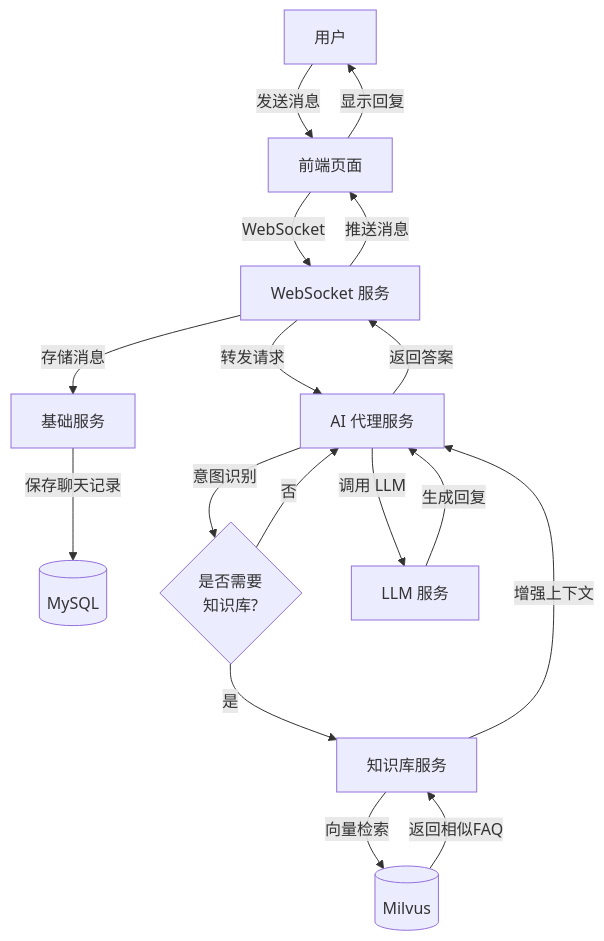
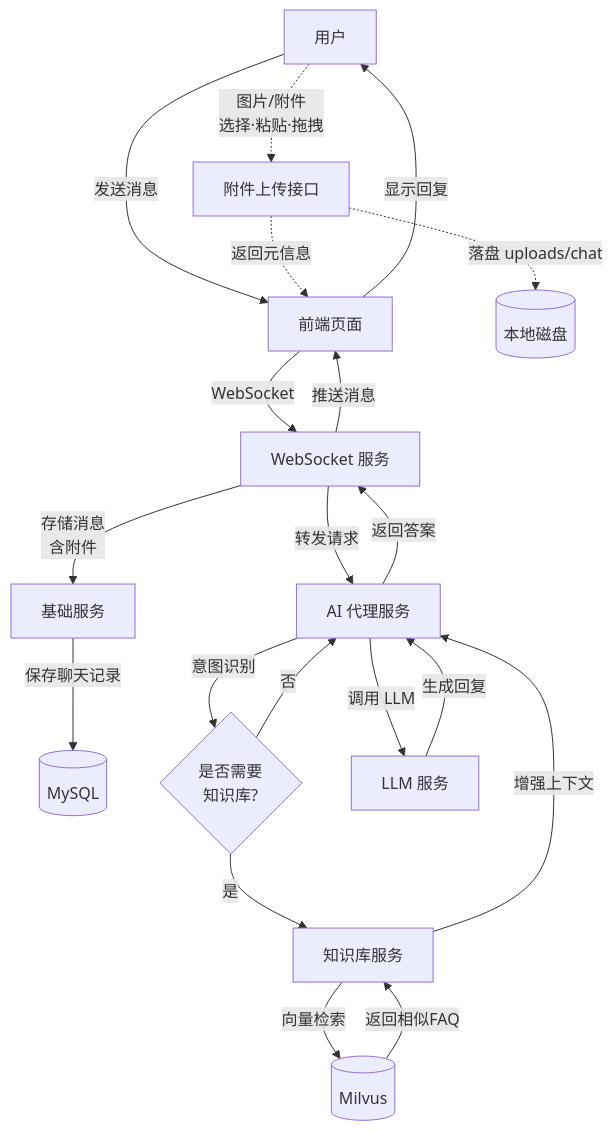
Before and after one commit to HuangRenhui/ai-cs-parent: the first of 5 diagrams in docs/业务流程.md, drawn with Mermaid. The commit also changed other lines of this file and 8 other files, not shown here.

````diff
--- a/docs/业务流程.md
+++ b/docs/业务流程.md
@@ -36,19 +36,22 @@
 ```mermaid
 graph TB
     A[用户] -->|发送消息| B[前端页面]
+    A -.->|图片/附件<br/>选择·粘贴·拖拽| K[附件上传接口]
+    K -.->|落盘 uploads/chat| L[(本地磁盘)]
+    K -.->|返回元信息| B
     B -->|WebSocket| C[WebSocket 服务]
-    C -->|存储消息| D[基础服务]
+    C -->|存储消息<br/>含附件| D[基础服务]
     D -->|保存聊天记录| E[(MySQL)]
     C -->|转发请求| F[AI 代理服务]
     F -->|意图识别| G{是否需要<br/>知识库?}
     G -->|是| H[知识库服务]
     H -->|向量检索| I[(Milvus)]
     I -->|返回相似FAQ| H
     H -->|增强上下文| F
     G -->|否| F
     F -->|调用 LLM| J[LLM 服务]
     J -->|生成回复| F
     F -->|返回答案| C
     C -->|推送消息| B
     B -->|显示回复| A
 ```
````
